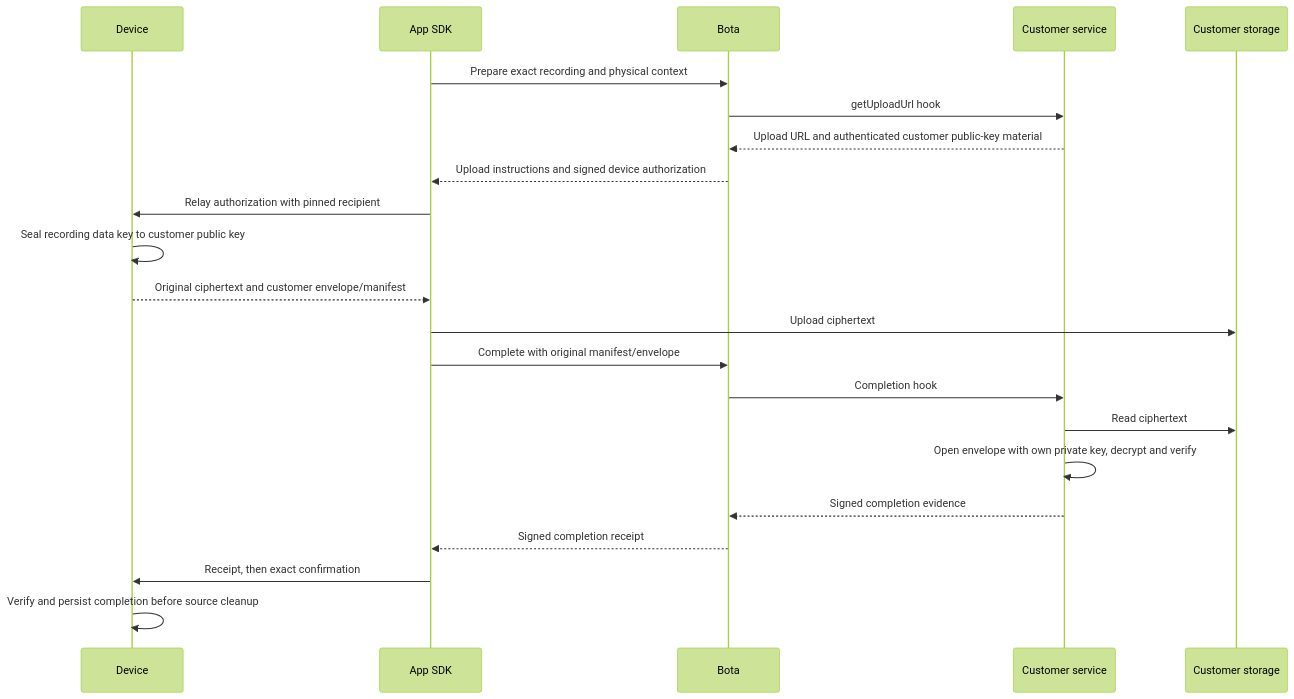
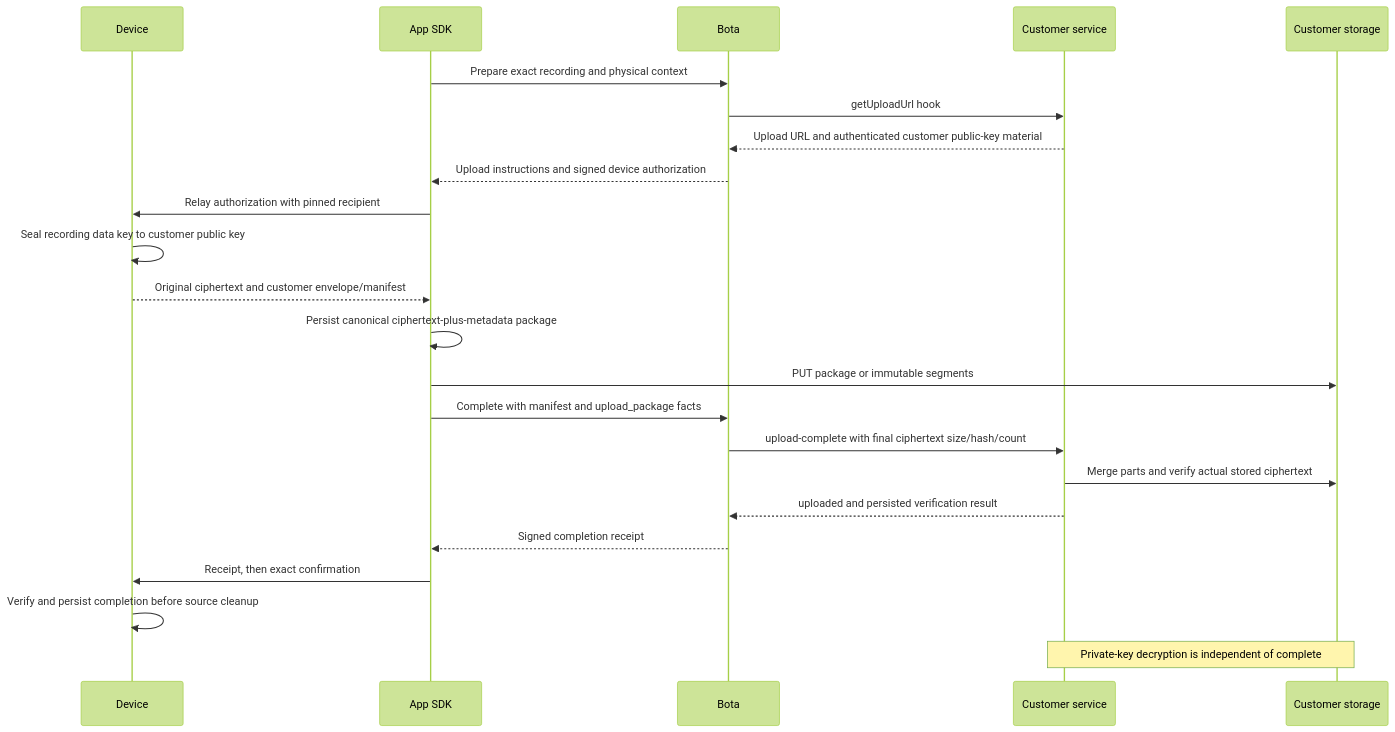
The diagram in FIRMWARE_PROTOCOL.md (bota-dev/app-sdk), drawn with Mermaid (forest theme) before and after one commit. The commit also changed other lines of this file, not shown here.

Commit message:
docs(byo): align SDK flow with ciphertext-only completion

````diff
--- a/FIRMWARE_PROTOCOL.md
+++ b/FIRMWARE_PROTOCOL.md
@@ -377,24 +377,25 @@
 ```mermaid
 sequenceDiagram
     participant D as Device
     participant S as App SDK
     participant B as Bota
     participant C as Customer service
     participant O as Customer storage
     S->>B: Prepare exact recording and physical context
     B->>C: getUploadUrl hook
     C-->>B: Upload URL and authenticated customer public-key material
     B-->>S: Upload instructions and signed device authorization
     S->>D: Relay authorization with pinned recipient
     D->>D: Seal recording data key to customer public key
     D-->>S: Original ciphertext and customer envelope/manifest
-    S->>O: Upload ciphertext
-    S->>B: Complete with original manifest/envelope
-    B->>C: Completion hook
-    C->>O: Read ciphertext
-    C->>C: Open envelope with own private key, decrypt and verify
-    C-->>B: Signed completion evidence
+    S->>S: Persist canonical ciphertext-plus-metadata package
+    S->>O: PUT package or immutable segments
+    S->>B: Complete with manifest and upload_package facts
+    B->>C: upload-complete with final ciphertext size/hash/count
+    C->>O: Merge parts and verify actual stored ciphertext
+    C-->>B: uploaded and persisted verification result
     B-->>S: Signed completion receipt
     S->>D: Receipt, then exact confirmation
     D->>D: Verify and persist completion before source cleanup
+    Note over C,O: Private-key decryption is independent of complete
 ```
````
